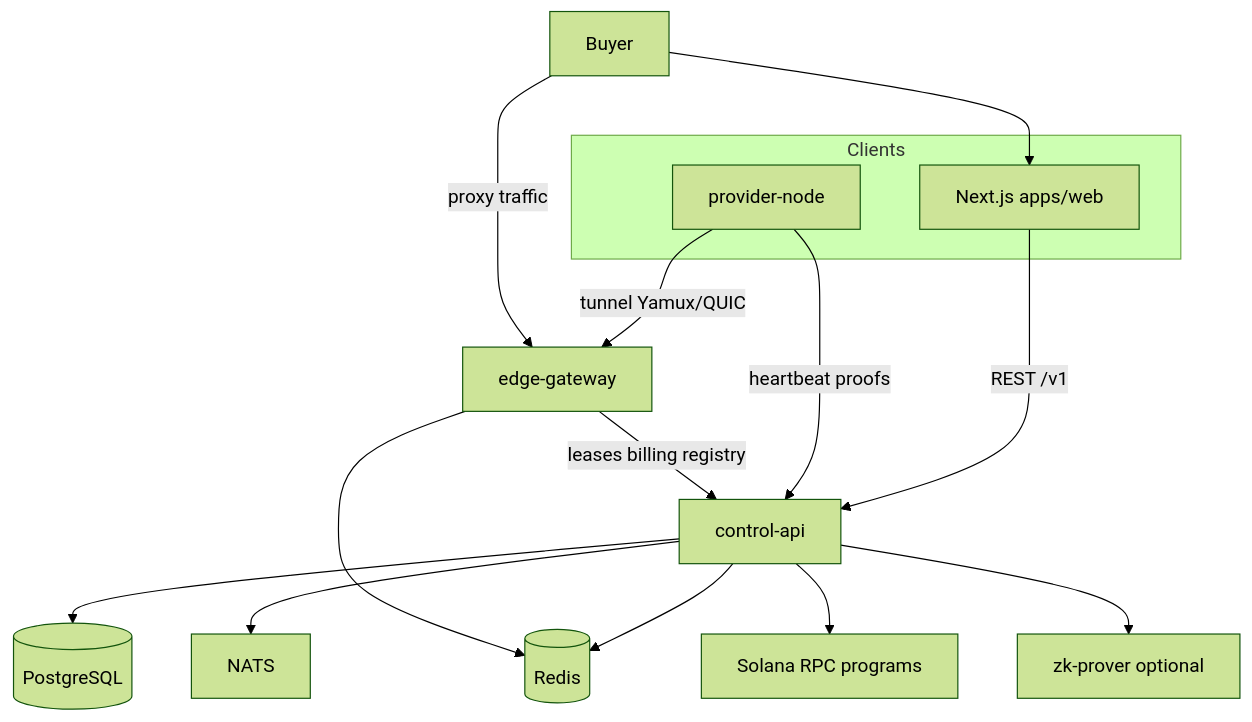
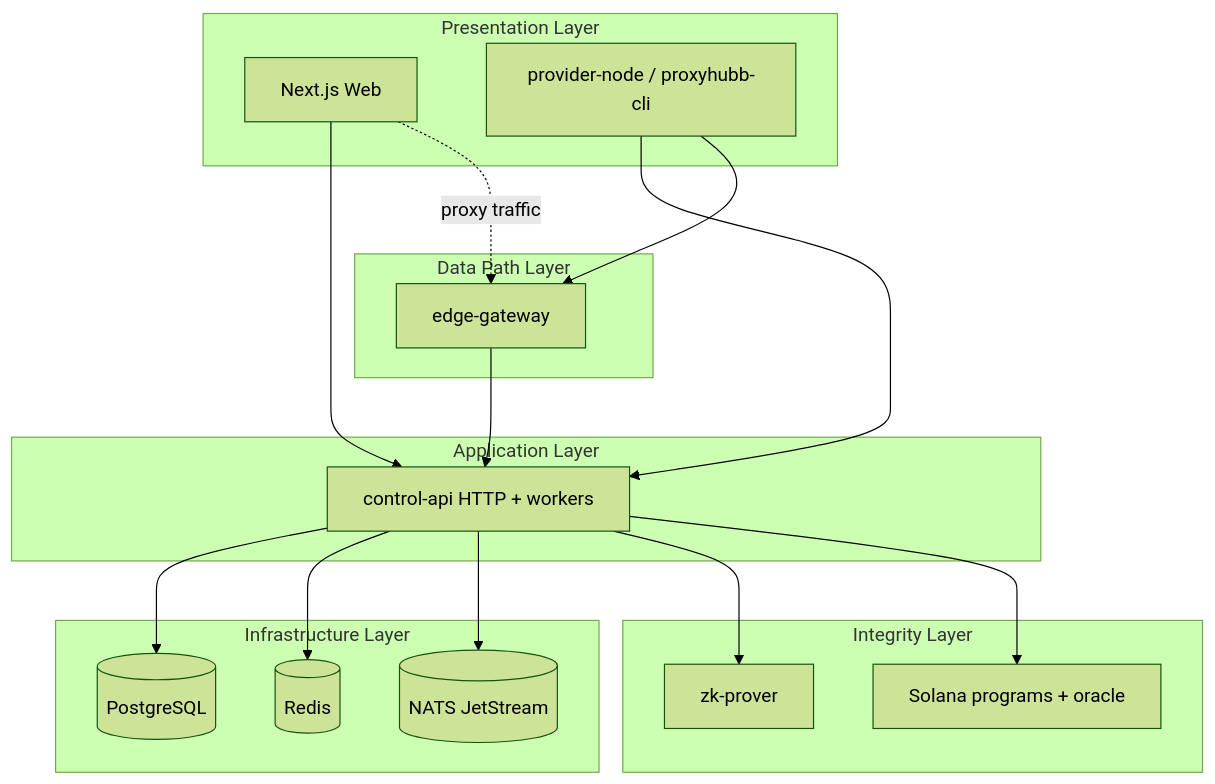
The second of 4 diagrams in README.md (samuel-1-avson/ProxySocialHub), drawn with Mermaid (forest theme) before and after one commit. The commit also changed other lines of this file, not shown here.

````diff
--- a/README.md
+++ b/README.md
@@ -61,23 +169,37 @@
 ```mermaid
 flowchart TB
-  subgraph Clients
-    Web[Next.js apps/web]
-    PNode[provider-node]
+  subgraph presentation [Presentation Layer]
+    UI[Next.js Web]
+    CLI[provider-node / proxyhubb-cli]
   end
 
-  Web -->|REST /v1| API[control-api]
-  PNode -->|tunnel Yamux/QUIC| Edge[edge-gateway]
-  PNode -->|heartbeat proofs| API
-  Edge -->|leases billing registry| API
+  subgraph application [Application Layer]
+    API[control-api HTTP + workers]
+  end
 
-  API --> PG[(PostgreSQL)]
-  API --> Redis[(Redis)]
-  API --> NATS[NATS]
-  Edge --> Redis
+  subgraph data_path [Data Path Layer]
+    GW[edge-gateway]
+  end
 
-  API --> Solana[Solana RPC programs]
-  API --> ZK[zk-prover optional]
+  subgraph infrastructure [Infrastructure Layer]
+    PG[(PostgreSQL)]
+    RD[(Redis)]
+    NATS[(NATS JetStream)]
+  end
 
-  Buyer[Buyer] --> Web
-  Buyer -->|proxy traffic| Edge
+  subgraph integrity [Integrity Layer]
+    ZK[zk-prover]
+    SOL[Solana programs + oracle]
+  end
+
+  UI --> API
+  CLI --> API
+  CLI --> GW
+  UI -.->|proxy traffic| GW
+  GW --> API
+  API --> PG
+  API --> RD
+  API --> NATS
+  API --> ZK
+  API --> SOL
 ```
````
